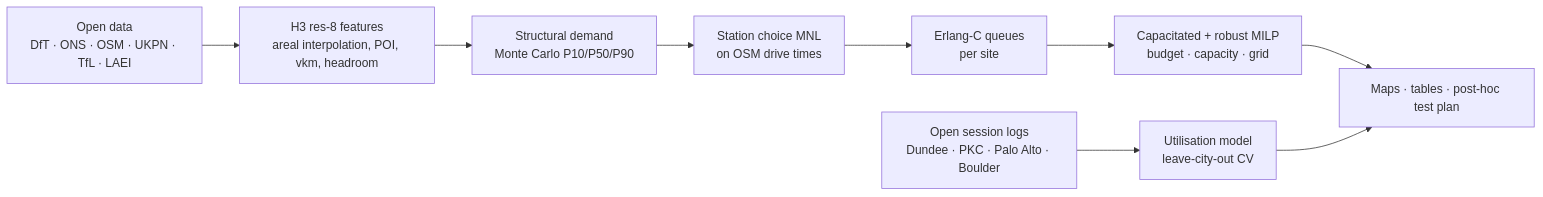
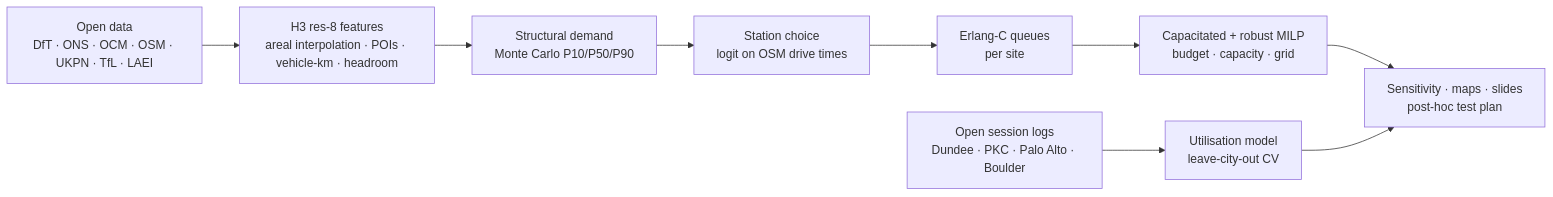
Before and after one commit to m-erts/chargescape-london: the diagram in README.md, drawn with Mermaid. The commit also changed other lines of this file and 62 other files, not shown here.

````diff
--- a/README.md
+++ b/README.md
@@ -42,10 +56,10 @@
 ```mermaid
 flowchart LR
-  A[Open data<br/>DfT · ONS · OSM · UKPN · TfL · LAEI] --> B[H3 res-8 features<br/>areal interpolation, POI, vkm, headroom]
+  A[Open data<br/>DfT · ONS · OCM · OSM · UKPN · TfL · LAEI] --> B[H3 res-8 features<br/>areal interpolation · POIs · vehicle-km · headroom]
   B --> C[Structural demand<br/>Monte Carlo P10/P50/P90]
-  C --> D[Station choice MNL<br/>on OSM drive times]
+  C --> D[Station choice<br/>logit on OSM drive times]
   D --> E[Erlang-C queues<br/>per site]
   E --> F[Capacitated + robust MILP<br/>budget · capacity · grid]
-  F --> G[Maps · tables · post-hoc test plan]
+  F --> G[Sensitivity · maps · slides<br/>post-hoc test plan]
   H[Open session logs<br/>Dundee · PKC · Palo Alto · Boulder] --> I[Utilisation model<br/>leave-city-out CV] --> G
 ```
````
